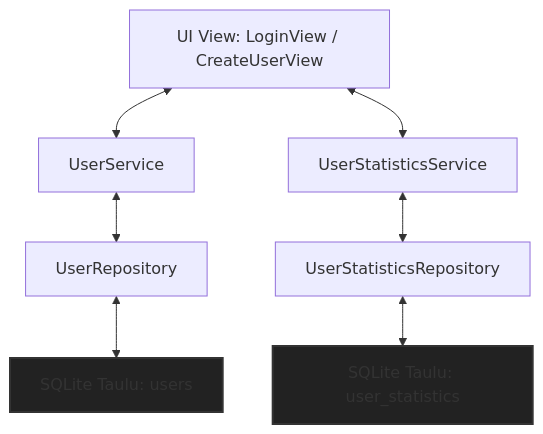
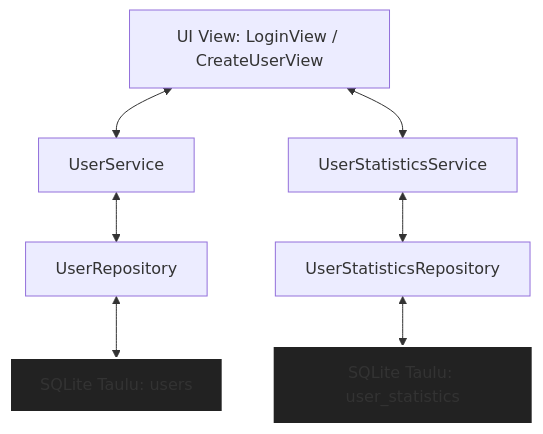
Before and after one commit to Tapir79/ot-harjoitustyo: the fifth of 13 diagrams in dokumentaatio/arkkitehtuuri.md, drawn with Mermaid.

Commit message:
Change mermaid font style

````diff
--- a/dokumentaatio/arkkitehtuuri.md
+++ b/dokumentaatio/arkkitehtuuri.md
@@ -162,16 +162,16 @@
 ```mermaid
 flowchart TD
     UI[UI View: LoginView / CreateUserView]
 
     UI <--> US[UserService]
     UI <--> USS[UserStatisticsService]
 
     US <--> UR[UserRepository]
     USS <--> USR[UserStatisticsRepository]
 
     UR <--> DB_USERS[SQLite Taulu: users]
     USR <--> DB_STATS[SQLite Taulu: user_statistics]
 
-    style DB_USERS fill:#222222,stroke:#333,stroke-width:2px
-    style DB_STATS fill:#222222,stroke:#333,stroke-width:2px
+    style DB_USERS fill:#222222,stroke:#fff,stroke-width:2px
+    style DB_STATS fill:#222222,stroke:#fff,stroke-width:2px
 ```
````
